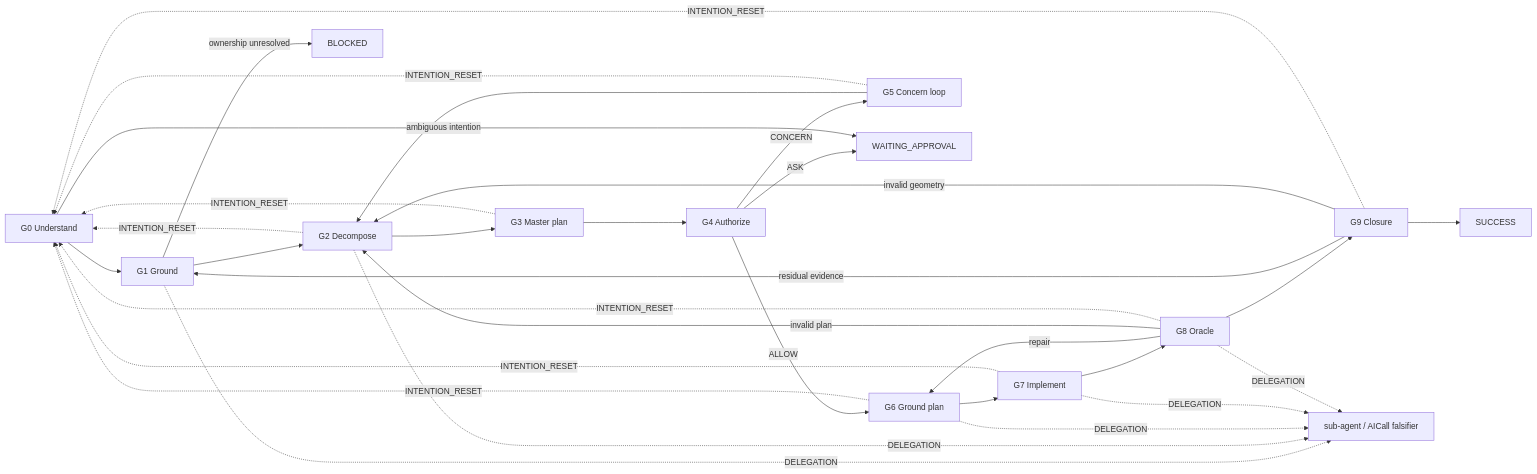
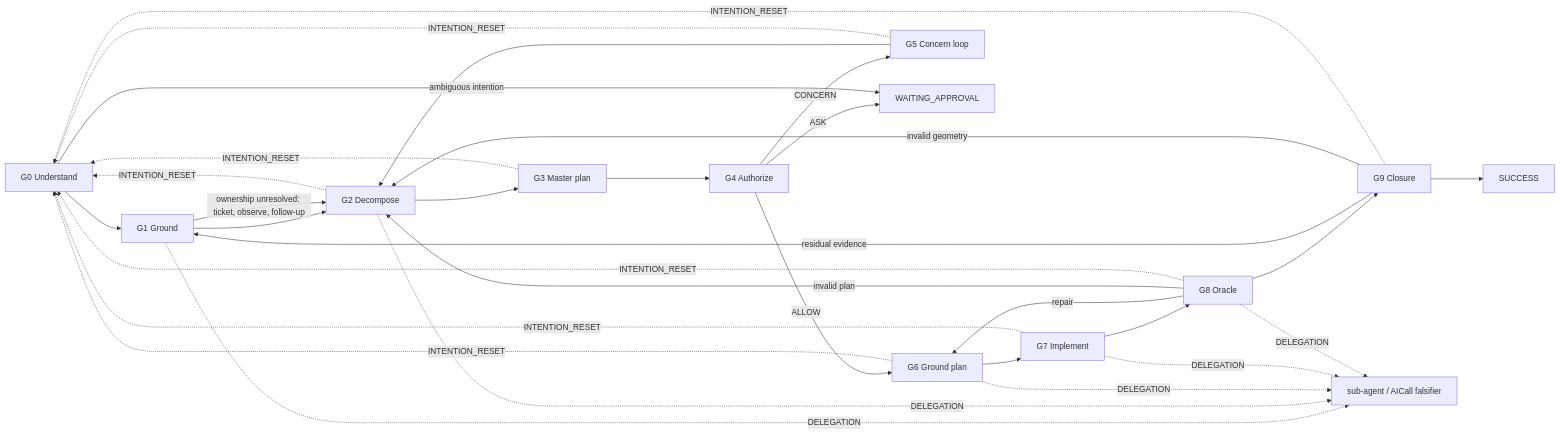
The diagram in prompt_kernel/README.md (AlHeloween/opencode), drawn with Mermaid before and after one commit. The commit also changed 17 other files, not shown here.

````diff
--- a/prompt_kernel/README.md
+++ b/prompt_kernel/README.md
@@ -10,15 +10,15 @@
 ```mermaid
 flowchart LR
     G0["G0 Understand"] --> G1["G1 Ground"] --> G2["G2 Decompose"] --> G3["G3 Master plan"] --> G4["G4 Authorize"]
     G4 -->|ALLOW| G6["G6 Ground plan"] --> G7["G7 Implement"] --> G8["G8 Oracle"] --> G9["G9 Closure"] --> SUCCESS
     G4 -->|CONCERN| G5["G5 Concern loop"] --> G2
     G4 -->|ASK| WAITING_APPROVAL
     G8 -->|repair| G6
     G8 -->|invalid plan| G2
     G9 -->|residual evidence| G1
     G9 -->|invalid geometry| G2
     G0 -->|ambiguous intention| WAITING_APPROVAL
-    G1 -->|ownership unresolved| BLOCKED
+    G1 -->|ownership unresolved: ticket, observe, follow-up| G2
     G2 & G3 & G5 & G6 & G7 & G8 & G9 -.->|INTENTION_RESET| G0
     G1 & G2 & G6 & G7 & G8 -.->|DELEGATION| SUB["sub-agent / AICall falsifier"]
 ```
````
